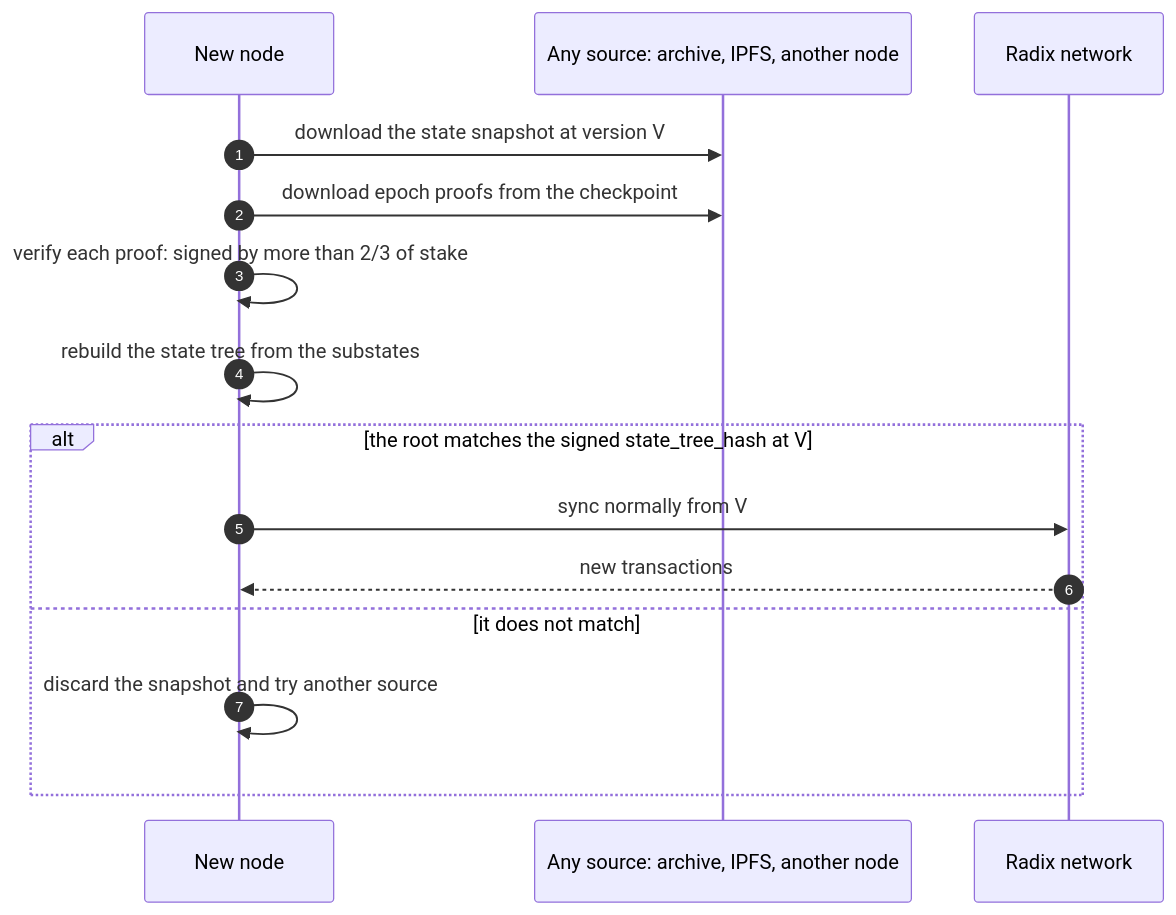
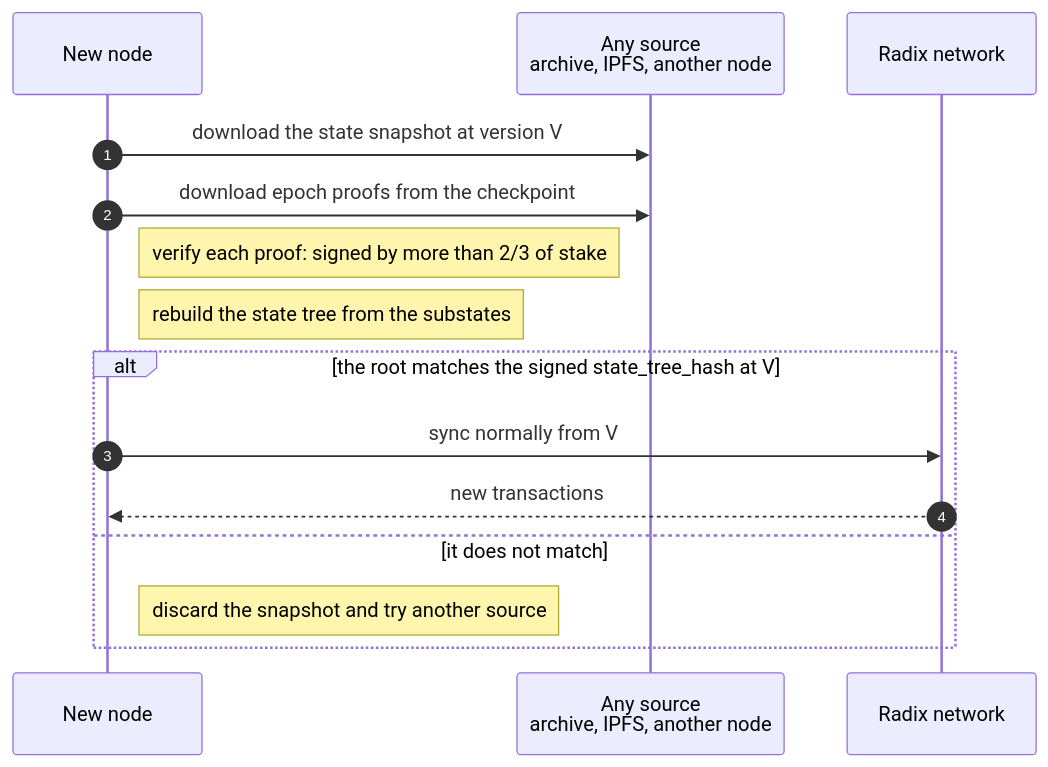
The second of 4 diagrams in docs/en/09-lighter-nodes.md (dazligth/radix-decentralization-roadmap), drawn with Mermaid before and after one commit. The commit also changed other lines of this file and 9 other files, not shown here.

First line of the commit message:
Redesign diagrams for readability on GitHub

````diff
--- a/docs/en/09-lighter-nodes.md
+++ b/docs/en/09-lighter-nodes.md
@@ -290,17 +289,17 @@
 ```mermaid
 sequenceDiagram
     autonumber
     participant NEW as New node
-    participant SRC as Any source: archive, IPFS, another node
+    participant SRC as Any source<br/>archive, IPFS, another node
     participant NET as Radix network
     NEW->>SRC: download the state snapshot at version V
     NEW->>SRC: download epoch proofs from the checkpoint
-    NEW->>NEW: verify each proof: signed by more than 2/3 of stake
-    NEW->>NEW: rebuild the state tree from the substates
+    Note right of NEW: verify each proof: signed by more than 2/3 of stake
+    Note right of NEW: rebuild the state tree from the substates
     alt the root matches the signed state_tree_hash at V
         NEW->>NET: sync normally from V
         NET-->>NEW: new transactions
     else it does not match
-        NEW->>NEW: discard the snapshot and try another source
+        Note right of NEW: discard the snapshot and try another source
     end
 ```
````
